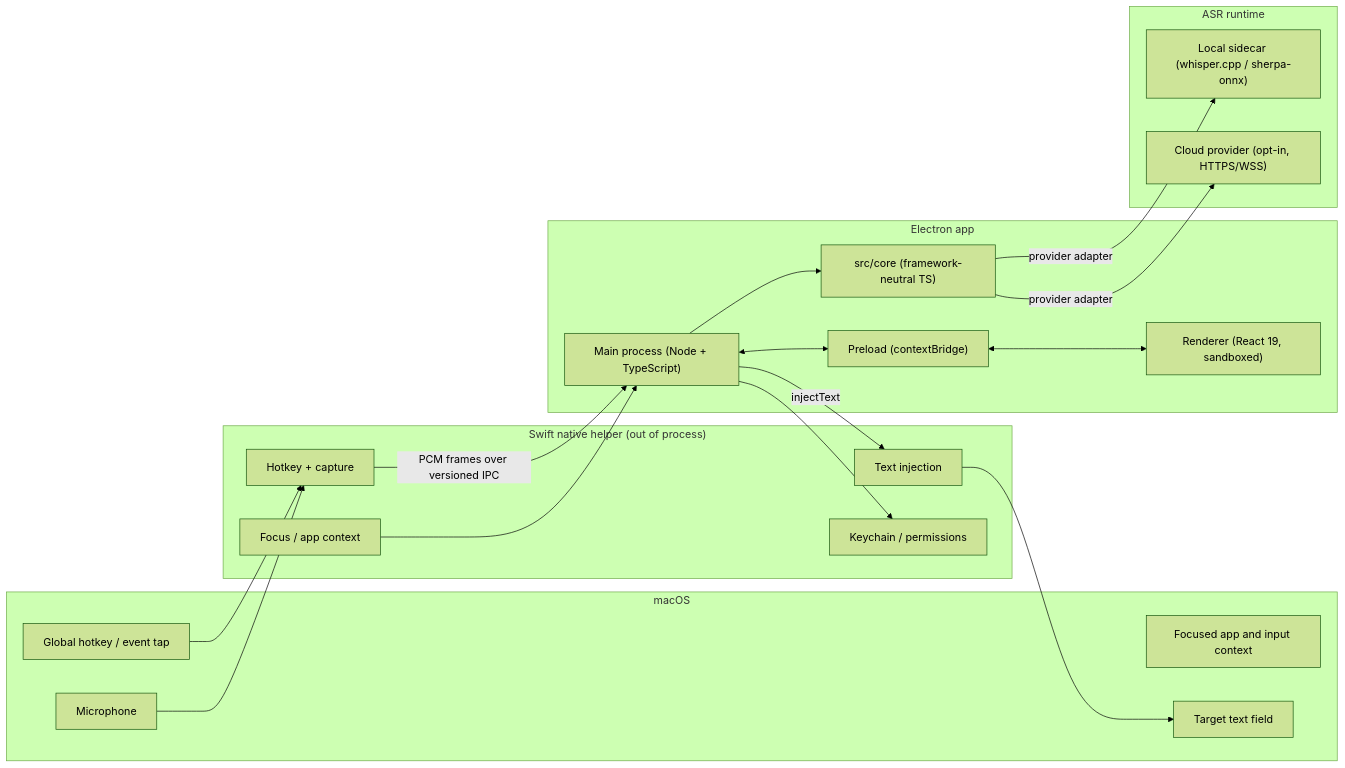
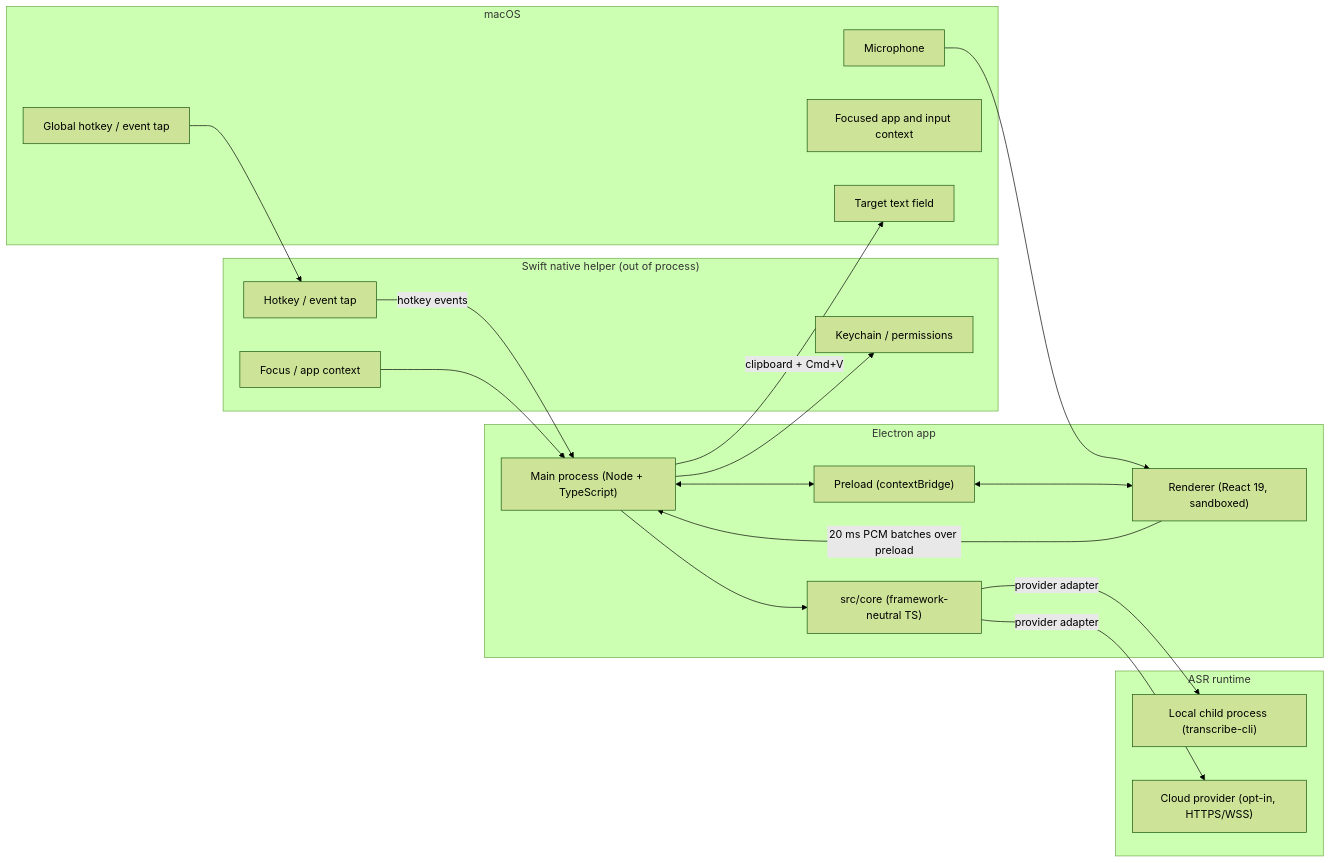
Before and after one commit to speakworks/justspeak: the first of 2 diagrams in docs/ARCHITECTURE.md, drawn with Mermaid (forest theme). The commit also changed other lines of this file and 7 other files, not shown here.

````diff
--- a/docs/ARCHITECTURE.md
+++ b/docs/ARCHITECTURE.md
@@ -37,41 +38,40 @@
 ```mermaid
 flowchart LR
   subgraph OS["macOS"]
     Hotkey["Global hotkey / event tap"]
     Mic["Microphone"]
     Focus["Focused app and input context"]
     Target["Target text field"]
   end
 
   subgraph Helper["Swift native helper (out of process)"]
-    H1["Hotkey + capture"]
+    H1["Hotkey / event tap"]
     H2["Focus / app context"]
-    H3["Text injection"]
     H4["Keychain / permissions"]
   end
 
   subgraph Electron["Electron app"]
     Main["Main process (Node + TypeScript)"]
     Core["src/core (framework-neutral TS)"]
     Preload["Preload (contextBridge)"]
     Renderer["Renderer (React 19, sandboxed)"]
   end
 
   subgraph ASR["ASR runtime"]
-    Local["Local sidecar (whisper.cpp / sherpa-onnx)"]
+    Local["Local child process (transcribe-cli)"]
     Cloud["Cloud provider (opt-in, HTTPS/WSS)"]
   end
 
   Hotkey --> H1
-  Mic --> H1
-  H1 -- "PCM frames over versioned IPC" --> Main
+  Mic --> Renderer
+  H1 -- "hotkey events" --> Main
+  Renderer -- "20 ms PCM batches over preload" --> Main
   Main --> Core
   Core -- "provider adapter" --> Local
   Core -- "provider adapter" --> Cloud
   H2 --> Main
-  Main -- "injectText" --> H3
-  H3 --> Target
+  Main -- "clipboard + Cmd+V" --> Target
   Main <--> Preload
   Preload <--> Renderer
   Main --> H4
 ```
````
